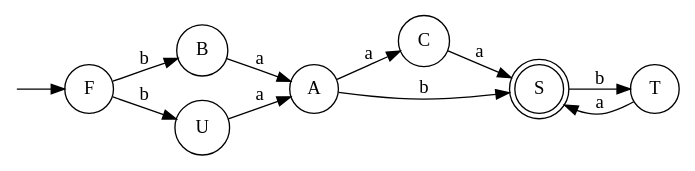
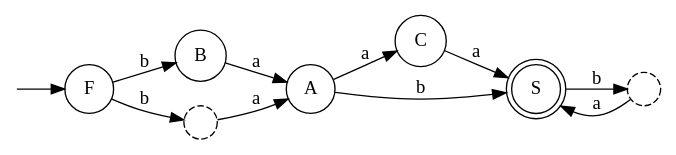
Diagram 24 of 36 in Theoratical/TCS_CHEATSHEET_FINAL.md (w4se05/4lovelyyear), drawn with Graphviz before and after one commit. The commit also changed other lines of this file and 16 other files, not shown here.

````diff
--- a/Theoratical/TCS_CHEATSHEET_FINAL.md
+++ b/Theoratical/TCS_CHEATSHEET_FINAL.md
@@ -826,21 +721,24 @@
 ```dot
 digraph G {
     rankdir=LR;
     node [shape=point, width=0];
     start;
     node [shape=circle];
-    F; B; U; A; C; T;
+    F; A; B; C;
     node [shape=doublecircle];
     S;
+    node [shape=circle, style=dashed, label="", width=0.35, height=0.35];
+    i1; i2;
+
     start -> F;
-    F -> B [label="b"];
-    F -> U [label="b"];
-    B -> A [label="a"];
-    U -> A [label="a"];
-    A -> S [label="b"];
-    A -> C [label="a"];
-    C -> S [label="a"];
-    T -> S [label="a"];
-    S -> T [label="b"];
+    F -> i2 [label="b"];
+    F -> B  [label="b"];
+    i2 -> A [label="a"];
+    B -> A  [label="a"];
+    A -> S  [label="b"];
+    A -> C  [label="a"];
+    C -> S  [label="a"];
+    S -> i1 [label="b"];
+    i1 -> S [label="a"];
 }
 ```
````
